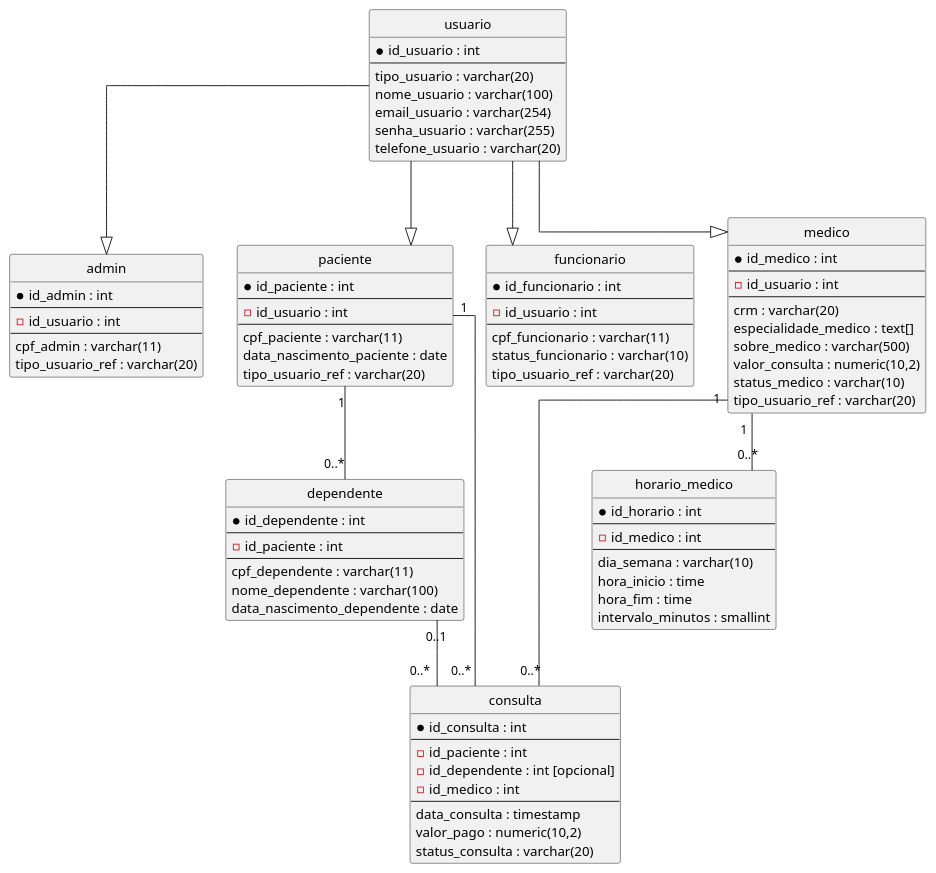
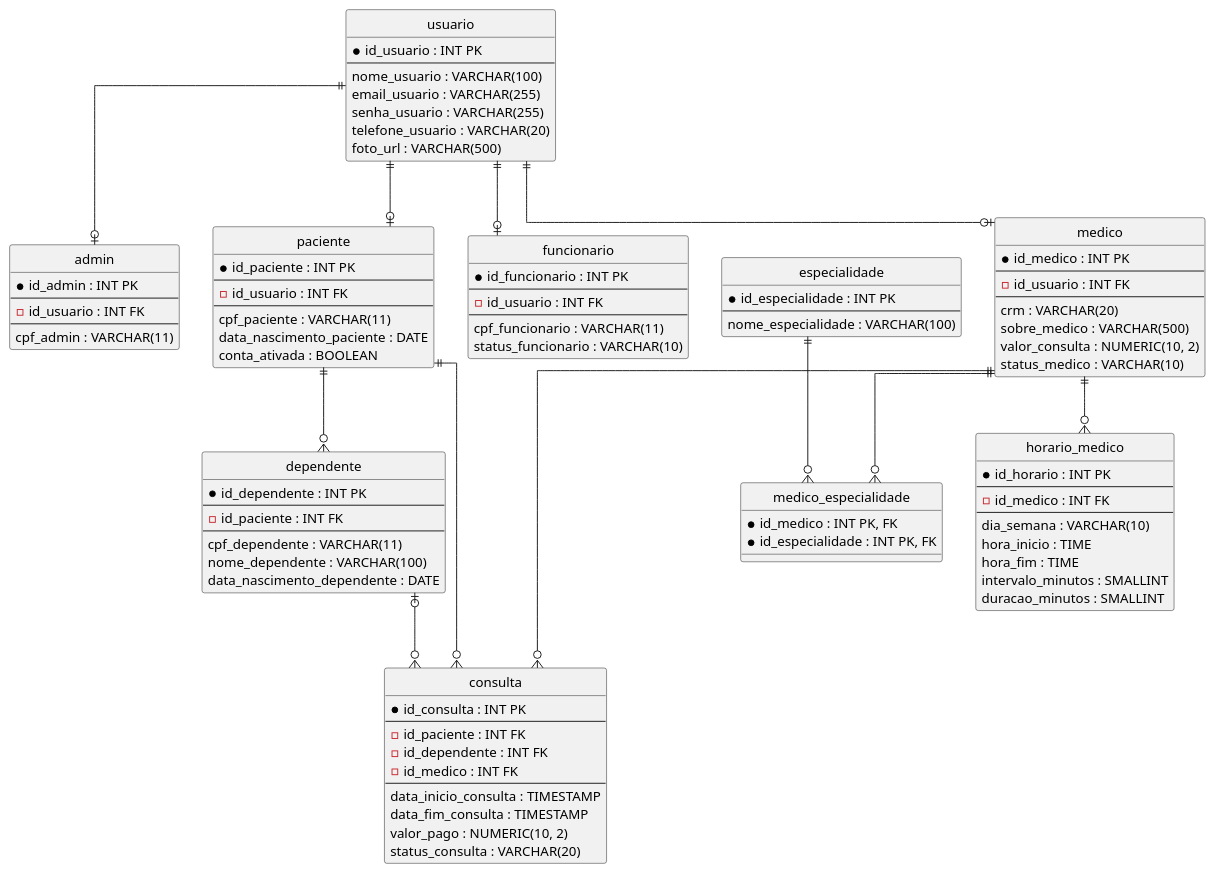
One commit to InsaneCaio/SICA changed the diagram in docs/diagrama ER.md. Above: the diagram before and after it, drawn with PlantUML. The commit also changed other lines of this file, not shown here.

Commit message:
Revise ER diagram with new entities and attributes
Updated the ER diagram with new entities and relationships, including 'especialidade' and 'medico_especialidade'. Enhanced field definitions for existing entities.

````diff
--- a/docs/diagrama ER.md
+++ b/docs/diagrama ER.md
@@ -6,108 +6,118 @@
 ```plantuml
 @startuml
-
+skinparam linetype ortho
 hide circle
-skinparam linetype ortho
 
 entity "usuario" as usuario {
-    * id_usuario : int
-    --
-    tipo_usuario : varchar(20)
-    nome_usuario : varchar(100)
-    email_usuario : varchar(254)
-    senha_usuario : varchar(255)
-    telefone_usuario : varchar(20)
+  * id_usuario : INT PK
+  --
+  nome_usuario : VARCHAR(100)
+  email_usuario : VARCHAR(255)
+  senha_usuario : VARCHAR(255)
+  telefone_usuario : VARCHAR(20)
+  foto_url : VARCHAR(500)
 }
 
 entity "admin" as admin {
-    * id_admin : int
-    --
-    - id_usuario : int
-    --
-    cpf_admin : varchar(11)
-    tipo_usuario_ref : varchar(20)
+  * id_admin : INT PK
+  --
+  - id_usuario : INT FK
+  --
+  cpf_admin : VARCHAR(11)
 }
 
 entity "paciente" as paciente {
-    * id_paciente : int
-    --
-    - id_usuario : int
-    --
-    cpf_paciente : varchar(11)
-    data_nascimento_paciente : date
-    tipo_usuario_ref : varchar(20)
+  * id_paciente : INT PK
+  --
+  - id_usuario : INT FK
+  --
+  cpf_paciente : VARCHAR(11)
+  data_nascimento_paciente : DATE
+  conta_ativada : BOOLEAN
 }
 
 entity "dependente" as dependente {
-    * id_dependente : int
-    --
-    - id_paciente : int
-    --
-    cpf_dependente : varchar(11)
-    nome_dependente : varchar(100)
-    data_nascimento_dependente : date
+  * id_dependente : INT PK
+  --
+  - id_paciente : INT FK
+  --
+  cpf_dependente : VARCHAR(11)
+  nome_dependente : VARCHAR(100)
+  data_nascimento_dependente : DATE
 }
 
 entity "funcionario" as funcionario {
-    * id_funcionario : int
-    --
-    - id_usuario : int
-    --
-    cpf_funcionario : varchar(11)
-    status_funcionario : varchar(10)
-    tipo_usuario_ref : varchar(20)
+  * id_funcionario : INT PK
+  --
+  - id_usuario : INT FK
+  --
+  cpf_funcionario : VARCHAR(11)
+  status_funcionario : VARCHAR(10)
 }
 
 entity "medico" as medico {
-    * id_medico : int
-    --
-    - id_usuario : int
-    --
-    crm : varchar(20)
-    especialidade_medico : text[]
-    sobre_medico : varchar(500)
-    valor_consulta : numeric(10,2)
-    status_medico : varchar(10)
-    tipo_usuario_ref : varchar(20)
+  * id_medico : INT PK
+  --
+  - id_usuario : INT FK
+  --
+  crm : VARCHAR(20)
+  sobre_medico : VARCHAR(500)
+  valor_consulta : NUMERIC(10, 2)
+  status_medico : VARCHAR(10)
+}
+
+entity "especialidade" as especialidade {
+  * id_especialidade : INT PK
+  --
+  nome_especialidade : VARCHAR(100)
+}
+
+entity "medico_especialidade" as medico_especialidade {
+  * id_medico : INT PK, FK
+  * id_especialidade : INT PK, FK
 }
 
 entity "horario_medico" as horario_medico {
-    * id_horario : int
-    --
-    - id_medico : int
-    --
-    dia_semana : varchar(10)
-    hora_inicio : time
-    hora_fim : time
-    intervalo_minutos : smallint
+  * id_horario : INT PK
+  --
+  - id_medico : INT FK
+  --
+  dia_semana : VARCHAR(10)
+  hora_inicio : TIME
+  hora_fim : TIME
+  intervalo_minutos : SMALLINT
+  duracao_minutos : SMALLINT
 }
 
 entity "consulta" as consulta {
-    * id_consulta : int
-    --
-    - id_paciente : int
-    - id_dependente : int [opcional]
-    - id_medico : int
-    --
-    data_consulta : timestamp
-    valor_pago : numeric(10,2)
-    status_consulta : varchar(20)
+  * id_consulta : INT PK
+  --
+  - id_paciente : INT FK
+  - id_dependente : INT FK
+  - id_medico : INT FK
+  --
+  data_inicio_consulta : TIMESTAMP
+  data_fim_consulta : TIMESTAMP
+  valor_pago : NUMERIC(10, 2)
+  status_consulta : VARCHAR(20)
 }
 
-' HERANÇA (ESPECIALIZAÇÃO)
-usuario --|> admin
-usuario --|> paciente
-usuario --|> funcionario
-usuario --|> medico
+' Especialização de usuario (1:1 via FK UNIQUE)
+usuario ||--o| admin
+usuario ||--o| paciente
+usuario ||--o| funcionario
+usuario ||--o| medico
 
-' RELACIONAMENTOS
-paciente "1" -- "0..*" dependente
-paciente "1" -- "0..*" consulta
-dependente "0..1" -- "0..*" consulta
+' Relacionamentos N:N e 1:N
+medico ||--o{ medico_especialidade
+especialidade ||--o{ medico_especialidade
 
-medico "1" -- "0..*" horario_medico
-medico "1" -- "0..*" consulta
+paciente ||--o{ dependente
+medico ||--o{ horario_medico
+
+paciente ||--o{ consulta
+dependente |o--o{ consulta
+medico ||--o{ consulta
 
 @enduml
-
 ```
````
